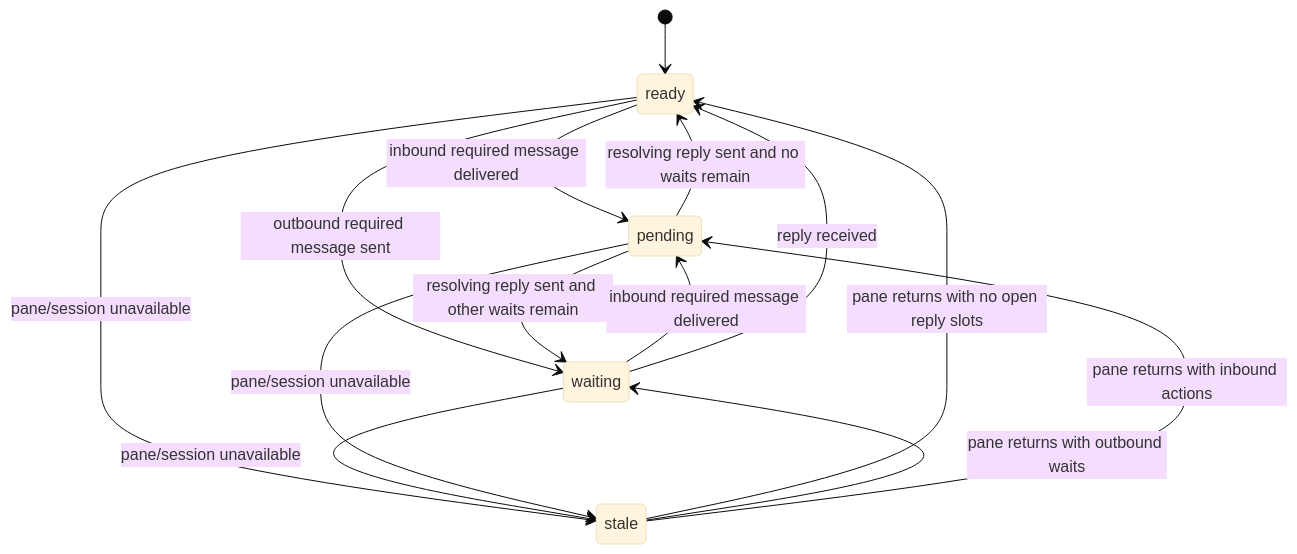
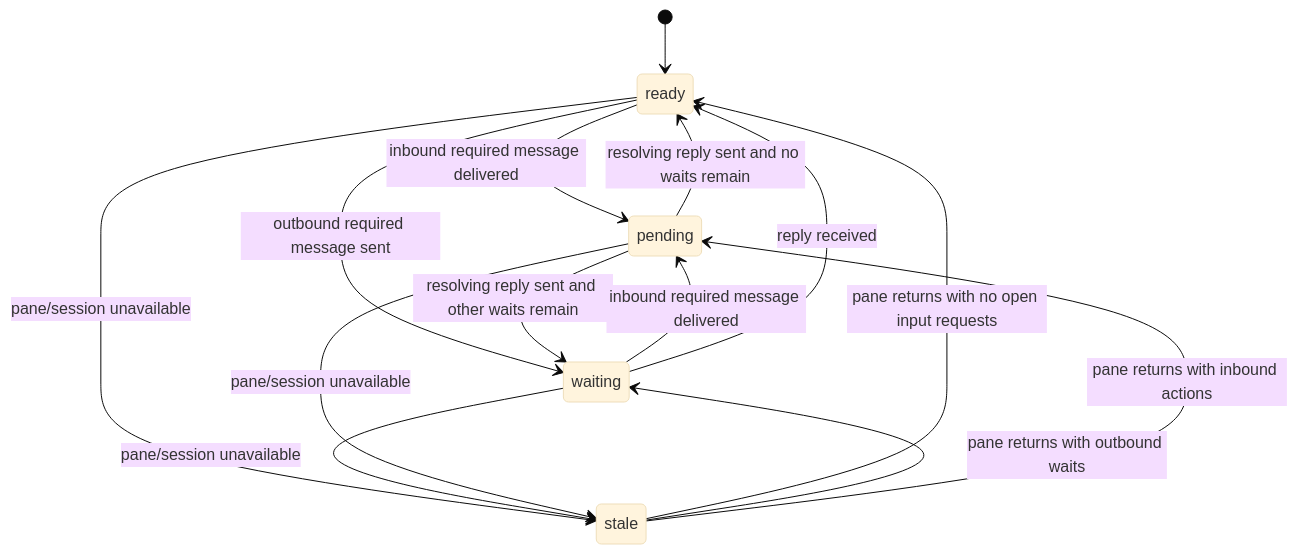
Before and after one commit to i9wa4/tmux-a2a-postman: the diagram in docs/design/node-state-machine.md, drawn with Mermaid (base theme). The commit also changed other lines of this file and 45 other files, not shown here.

````diff
--- a/docs/design/node-state-machine.md
+++ b/docs/design/node-state-machine.md
@@ -96,16 +96,16 @@
 ```mermaid
 stateDiagram-v2
     [*] --> ready
     ready --> pending: inbound required message delivered
     ready --> waiting: outbound required message sent
     pending --> waiting: resolving reply sent and other waits remain
     pending --> ready: resolving reply sent and no waits remain
     waiting --> pending: inbound required message delivered
     waiting --> ready: reply received
     ready --> stale: pane/session unavailable
     waiting --> stale: pane/session unavailable
     pending --> stale: pane/session unavailable
-    stale --> ready: pane returns with no open reply slots
+    stale --> ready: pane returns with no open input requests
     stale --> waiting: pane returns with outbound waits
     stale --> pending: pane returns with inbound actions
 ```
````
